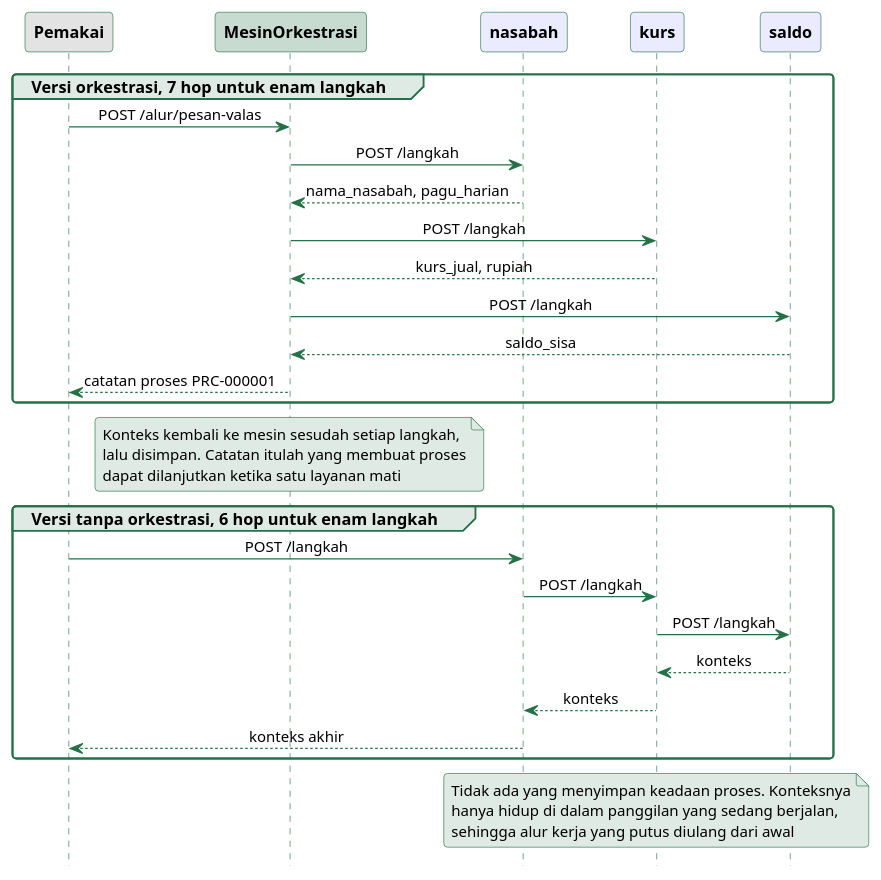
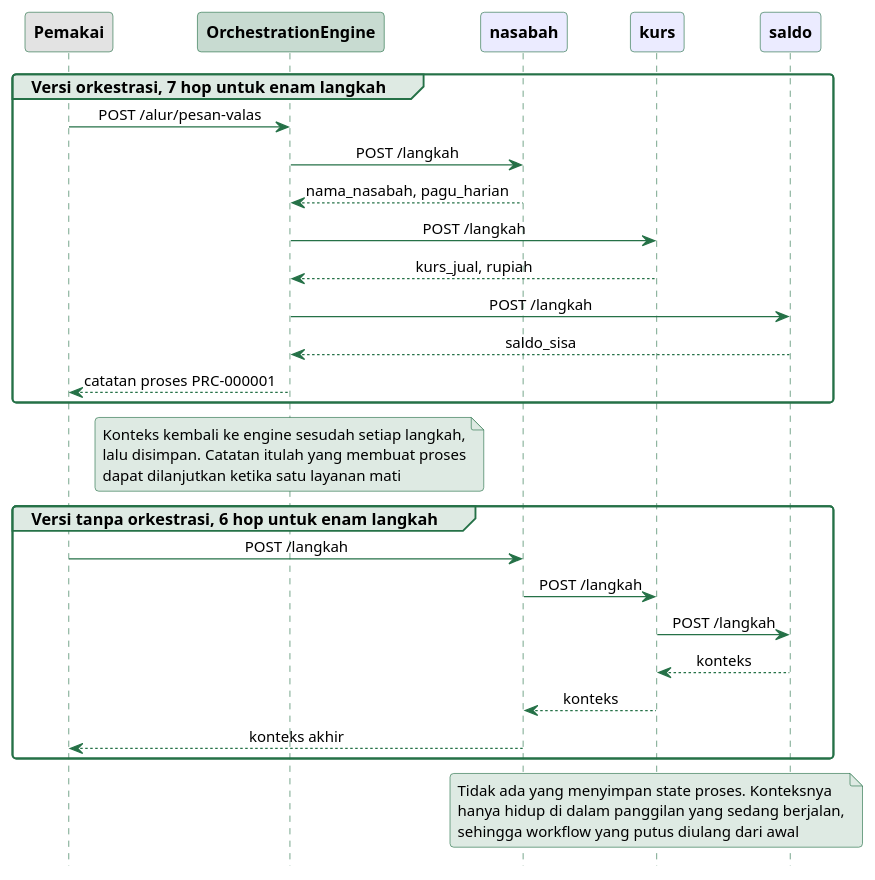
Before and after one commit to alfa-yohannis/software-architecture: the diagram in sources/chapter12/diagram/sekuens-odsoa.puml, drawn with PlantUML. The commit also changed other lines of this file and 29 other files, not shown here.

```diff
--- a/sources/chapter12/diagram/sekuens-odsoa.puml
+++ b/sources/chapter12/diagram/sekuens-odsoa.puml
@@ -12,64 +12,64 @@
 @startuml
 skinparam backgroundColor transparent
 skinparam defaultFontName Titillium Web
 skinparam defaultFontSize 13
 skinparam shadowing false
 skinparam roundCorner 6
 skinparam sequenceMessageAlignment center
 skinparam sequence {
   ArrowColor #257147
   ArrowFontSize 12
   LifeLineBorderColor #257147
   LifeLineBackgroundColor #DEEAE3
   ParticipantBorderColor #257147
   ParticipantFontColor black
   ParticipantFontSize 13
   ParticipantFontStyle bold
   GroupBackgroundColor #DEEAE3
   GroupBorderColor #257147
 }
 skinparam note {
   BackgroundColor #DEEAE3
   BorderColor #257147
   FontSize 12
 }
 hide footbox
 
 participant Pemakai as U #E3E3E3
-participant "MesinOrkestrasi" as M #C8DBD1
+participant "OrchestrationEngine" as M #C8DBD1
 participant nasabah as A #EBEBFF
 participant kurs as B #EBEBFF
 participant saldo as C #EBEBFF
 
 group Versi orkestrasi, 7 hop untuk enam langkah
   U -> M : POST /alur/pesan-valas
   M -> A : POST /langkah
   A --> M : nama_nasabah, pagu_harian
   M -> B : POST /langkah
   B --> M : kurs_jual, rupiah
   M -> C : POST /langkah
   C --> M : saldo_sisa
   M --> U : catatan proses PRC-000001
 end
 
 note over M
-  Konteks kembali ke mesin sesudah setiap langkah,
+  Konteks kembali ke engine sesudah setiap langkah,
   lalu disimpan. Catatan itulah yang membuat proses
   dapat dilanjutkan ketika satu layanan mati
 end note
 
 group Versi tanpa orkestrasi, 6 hop untuk enam langkah
   U -> A : POST /langkah
   A -> B : POST /langkah
   B -> C : POST /langkah
   C --> B : konteks
   B --> A : konteks
   A --> U : konteks akhir
 end
 
 note over A, C
-  Tidak ada yang menyimpan keadaan proses. Konteksnya
+  Tidak ada yang menyimpan state proses. Konteksnya
   hanya hidup di dalam panggilan yang sedang berjalan,
-  sehingga alur kerja yang putus diulang dari awal
+  sehingga workflow yang putus diulang dari awal
 end note
 @enduml
```
